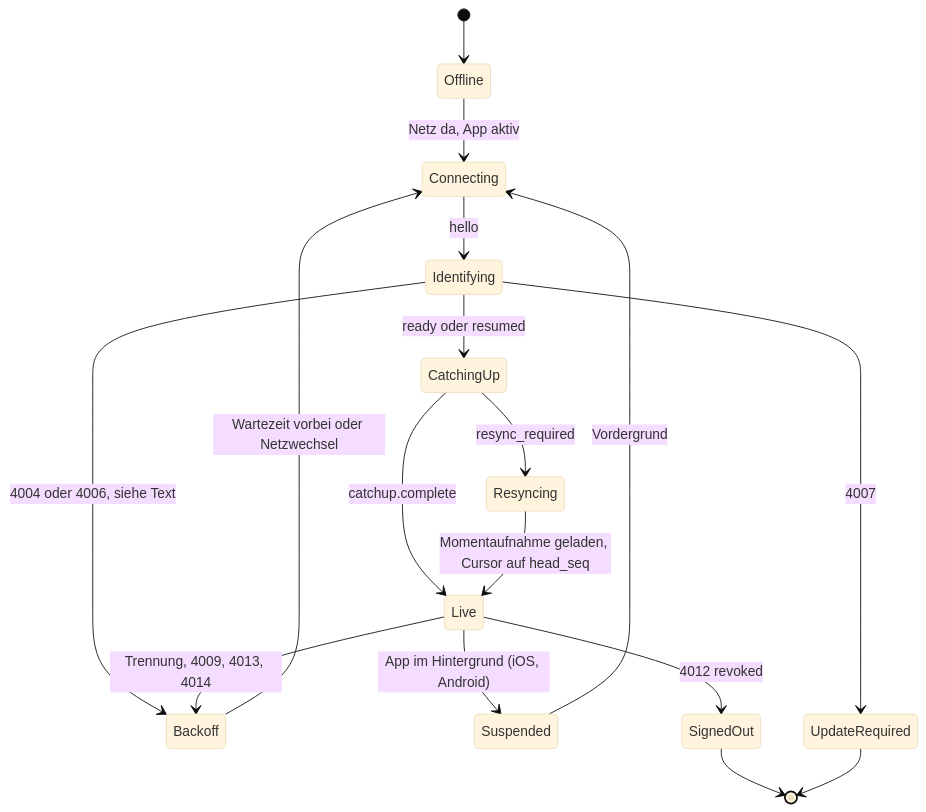
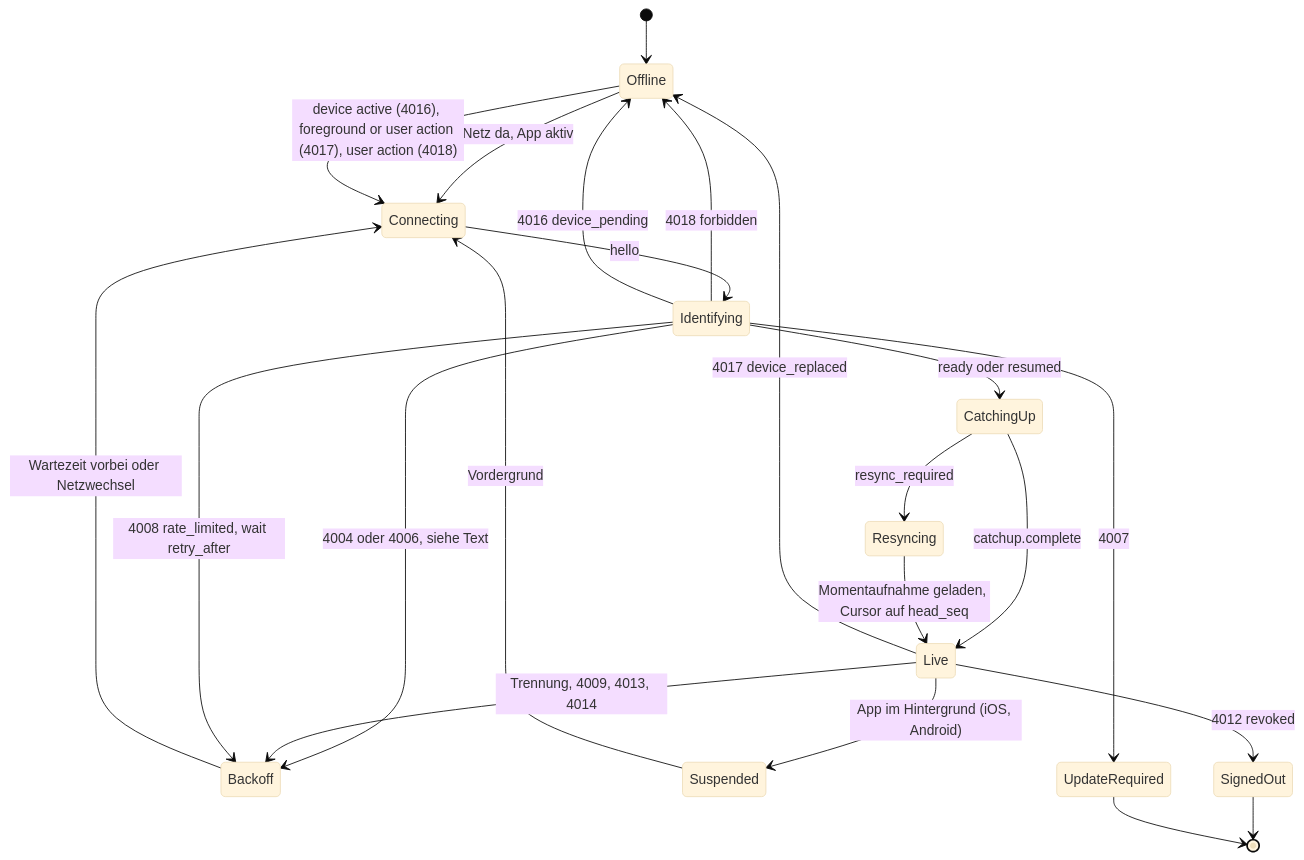
One commit to mguttmann/bothy changed the third of 5 diagrams in docs/spec/15-client-architektur.md. Above: the diagram before and after it, drawn with Mermaid (base theme). The commit also changed other lines of this file and 30 other files, not shown here.

````diff
--- a/docs/spec/15-client-architektur.md
+++ b/docs/spec/15-client-architektur.md
@@ -331,19 +331,24 @@
 ```mermaid
 stateDiagram-v2
   [*] --> Offline
   Offline --> Connecting: Netz da, App aktiv
   Connecting --> Identifying: hello
   Identifying --> CatchingUp: ready oder resumed
   Identifying --> Backoff: 4004 oder 4006, siehe Text
   CatchingUp --> Live: catchup.complete
   CatchingUp --> Resyncing: resync_required
   Resyncing --> Live: Momentaufnahme geladen, Cursor auf head_seq
   Live --> Backoff: Trennung, 4009, 4013, 4014
   Backoff --> Connecting: Wartezeit vorbei oder Netzwechsel
   Live --> Suspended: App im Hintergrund (iOS, Android)
   Suspended --> Connecting: Vordergrund
   Live --> SignedOut: 4012 revoked
   Identifying --> UpdateRequired: 4007
+  Identifying --> Offline: 4018 forbidden
+  Identifying --> Offline: 4016 device_pending
+  Live --> Offline: 4017 device_replaced
+  Identifying --> Backoff: 4008 rate_limited, wait retry_after
+  Offline --> Connecting: device active (4016), foreground or user action (4017), user action (4018)
   SignedOut --> [*]
   UpdateRequired --> [*]
 ```
````
